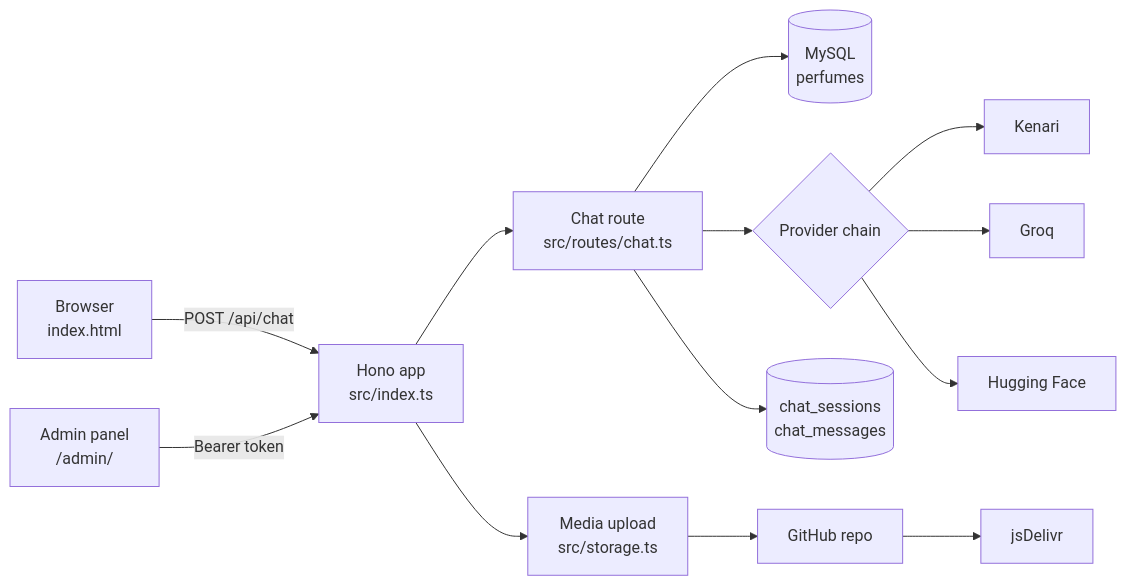
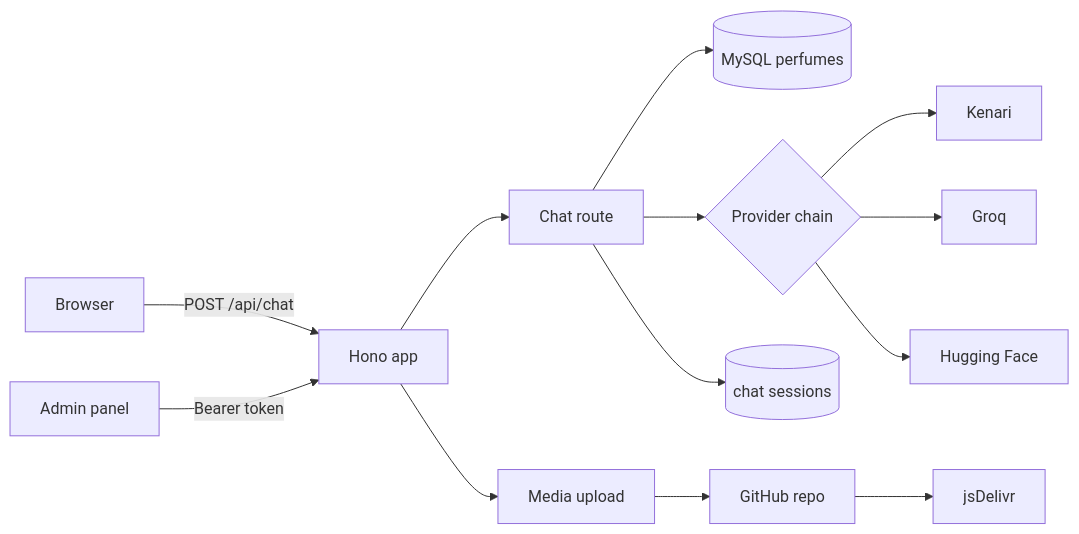
The diagram in README.md (Ellbaayy/Loreal), drawn with Mermaid before and after one commit.

Commit message:
docs: simplify architecture diagram labels

````diff
--- a/README.md
+++ b/README.md
@@ -57,14 +57,15 @@
 ```mermaid
 flowchart LR
-  B[Browser<br/>index.html] -->|POST /api/chat| H[Hono app<br/>src/index.ts]
-  A[Admin panel<br/>/admin/] -->|Bearer token| H
-  H --> C[Chat route<br/>src/routes/chat.ts]
-  C --> D[(MySQL<br/>perfumes)]
+  B[Browser] -->|POST /api/chat| H[Hono app]
+  A[Admin panel] -->|Bearer token| H
+  H --> C[Chat route]
+  C --> D[(MySQL perfumes)]
   C --> L{Provider chain}
   L --> K[Kenari]
   L --> G[Groq]
   L --> F[Hugging Face]
-  C --> S[(chat_sessions<br/>chat_messages)]
-  H --> M[Media upload<br/>src/storage.ts]
-  M --> GH[GitHub repo] --> CDN[jsDelivr]
+  C --> S[(chat sessions)]
+  H --> M[Media upload]
+  M --> GH[GitHub repo]
+  GH --> CDN[jsDelivr]
 ```
````
